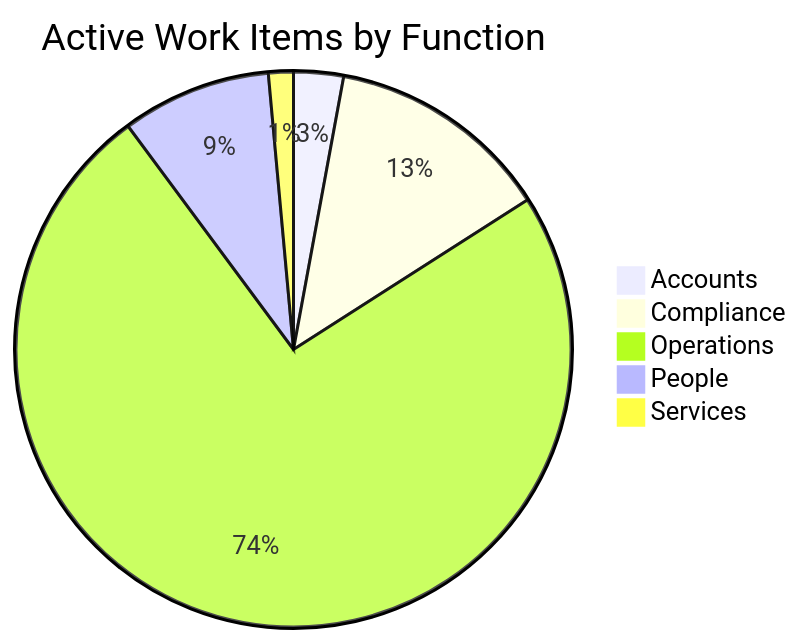
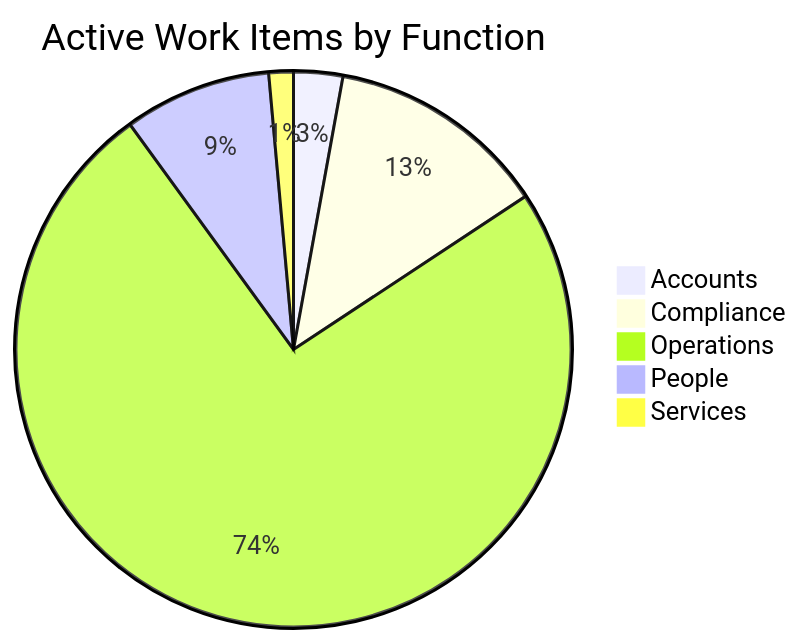
One commit to mgosal/5et.uk changed the first of 3 diagrams in dashboard.md. Above: the diagram before and after it, drawn with Mermaid. The commit also changed other lines of this file and 3 other files, not shown here.

````diff
--- a/dashboard.md
+++ b/dashboard.md
@@ -187,8 +220,8 @@
 ```mermaid
 pie title Active Work Items by Function
     "Accounts" : 2
     "Compliance" : 9
-    "Operations" : 51
+    "Operations" : 52
     "People" : 6
     "Services" : 1
 ```
````
